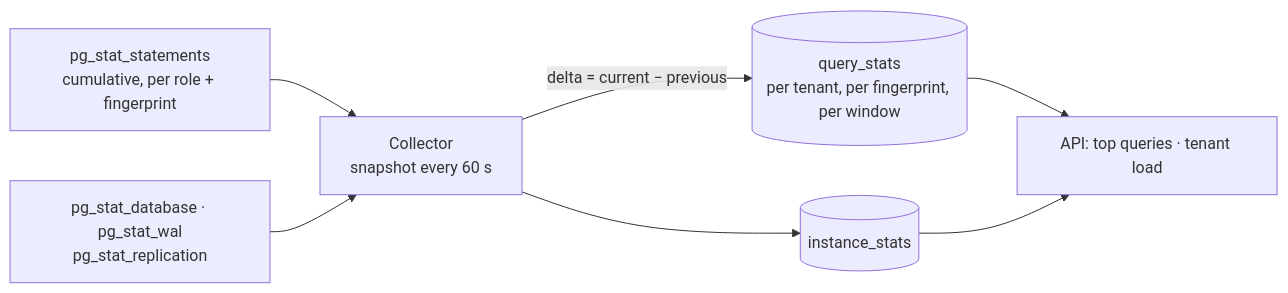
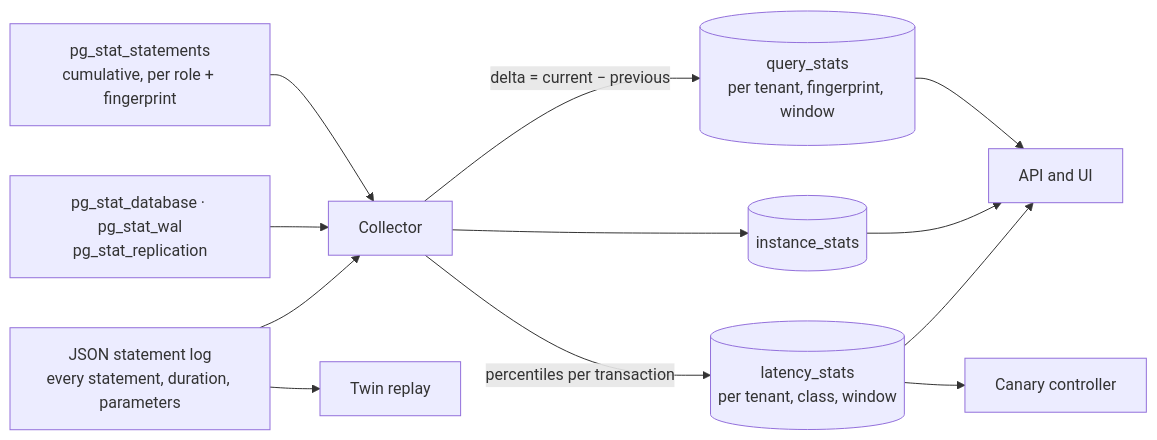
The sixth of 8 diagrams in README.md (sandhiyaa031/Multi-tenant-Cloud-Platform), drawn with Mermaid before and after one commit. The commit also changed other lines of this file and 10 other files, not shown here.

````diff
--- a/README.md
+++ b/README.md
@@ -324,9 +326,14 @@
 ```mermaid
 flowchart LR
-    PSS["pg_stat_statements<br/>cumulative, per role + fingerprint"] --> COL[Collector<br/>snapshot every 60 s]
+    PSS["pg_stat_statements<br/>cumulative, per role + fingerprint"] --> COL[Collector]
     PSD["pg_stat_database · pg_stat_wal<br/>pg_stat_replication"] --> COL
-    COL -->|"delta = current − previous"| QS[("query_stats<br/>per tenant, per fingerprint, per window")]
+    LOG["JSON statement log<br/>every statement, duration, parameters"] --> COL
+    LOG --> TW[Twin replay]
+    COL -->|"delta = current − previous"| QS[("query_stats<br/>per tenant, fingerprint, window")]
     COL --> IS[("instance_stats")]
-    QS --> API["API: top queries · tenant load"]
+    COL -->|"percentiles per transaction"| LS[("latency_stats<br/>per tenant, class, window")]
+    QS --> API["API and UI"]
     IS --> API
+    LS --> API
+    LS --> CAN[Canary controller]
 ```
````
